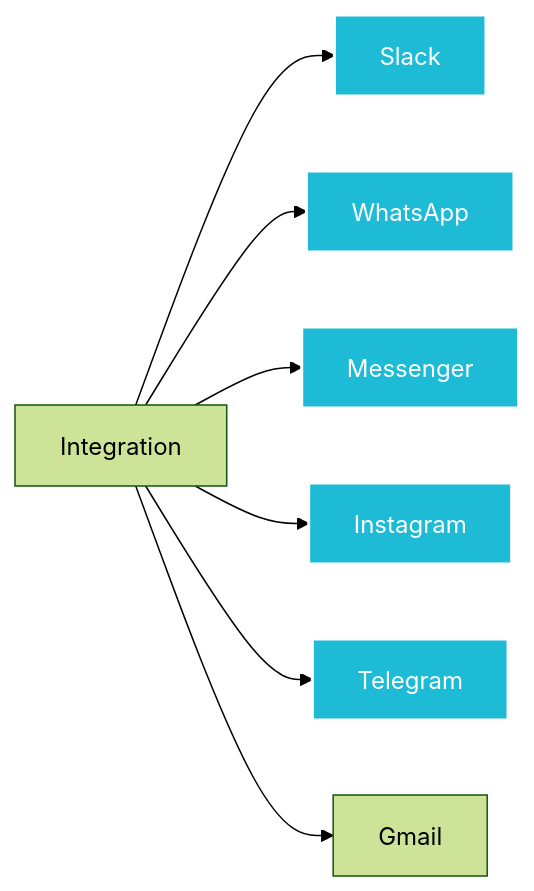
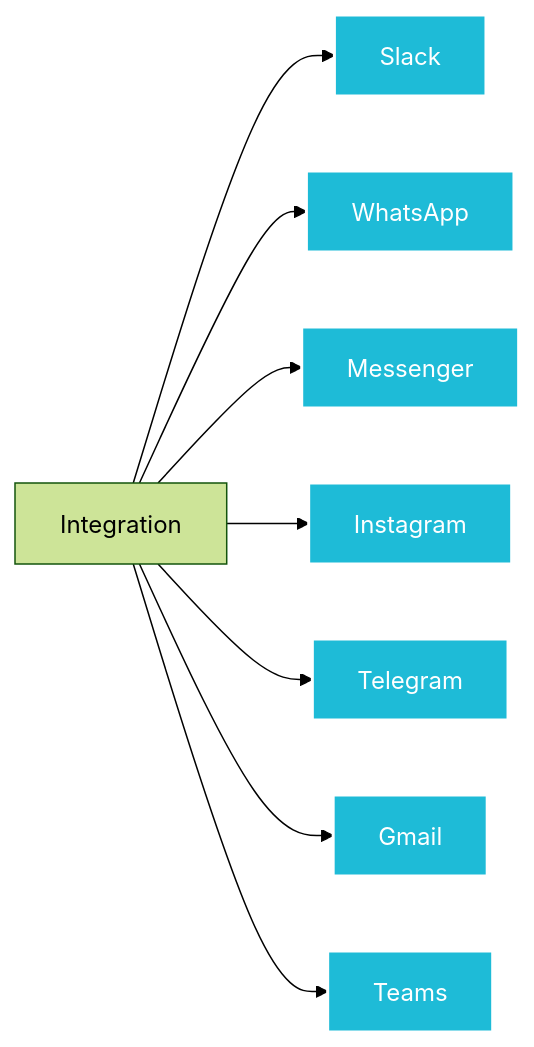
Before and after one commit to yaalalabs/agent-kernel: the first of 2 diagrams in docs/docs/integrations/overview.md, drawn with Mermaid (forest theme). The commit also changed other lines of this file and 10 other files, not shown here.

````diff
--- a/docs/docs/integrations/overview.md
+++ b/docs/docs/integrations/overview.md
@@ -29,15 +30,17 @@
 ```mermaid
 ---
 config:
   layout: dagre
   elk: true
 ---
 flowchart LR
-    D["Integration"] --> I["Slack"] & J["WhatsApp"] & K["Messenger"] & M["Instagram"] & N["Telegram"] & O["Gmail"]
+    D["Integration"] --> I["Slack"] & J["WhatsApp"] & K["Messenger"] & M["Instagram"] & N["Telegram"] & O["Gmail"] & T["Teams"]
 
     style I fill:#1ebbd7,stroke:#fff,stroke-width:2px,color:#fff
     style J fill:#1ebbd7,stroke:#fff,stroke-width:2px,color:#fff
     style K fill:#1ebbd7,stroke:#fff,stroke-width:2px,color:#fff
     style M fill:#1ebbd7,stroke:#fff,stroke-width:2px,color:#fff
     style N fill:#1ebbd7,stroke:#fff,stroke-width:2px,color:#fff
+    style O fill:#1ebbd7,stroke:#fff,stroke-width:2px,color:#fff
+    style T fill:#1ebbd7,stroke:#fff,stroke-width:2px,color:#fff
 ```
````
